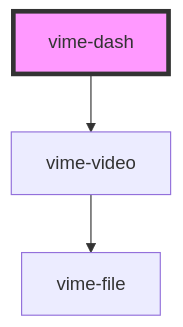
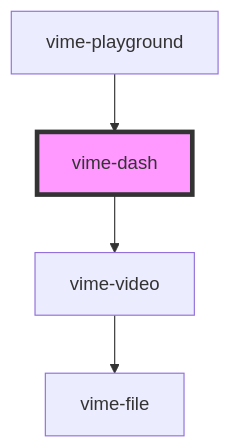
One commit to vime-js/vime changed the diagram in docs/docs/components/providers/dash.md. Above: the diagram before and after it, drawn with Mermaid. The commit also changed other lines of this file and 37 other files, not shown here.

Commit message:
feat: new `vime-playground` component for testing and playing with vime

````diff
--- a/docs/docs/components/providers/dash.md
+++ b/docs/docs/components/providers/dash.md
@@ -220,6 +224,7 @@
 ```mermaid
 graph TD;
   vime-dash --> vime-video
   vime-video --> vime-file
+  vime-playground --> vime-dash
   style vime-dash fill:#f9f,stroke:#333,stroke-width:4px
 ```
````
